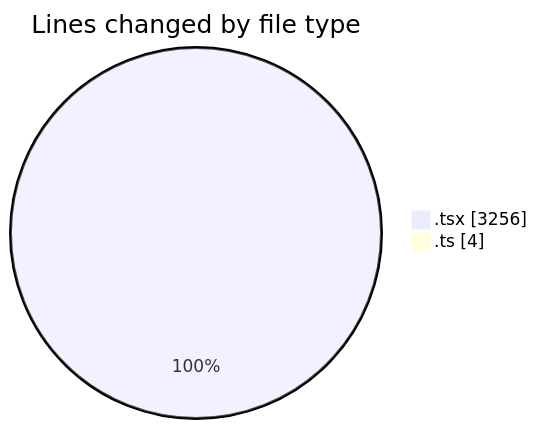
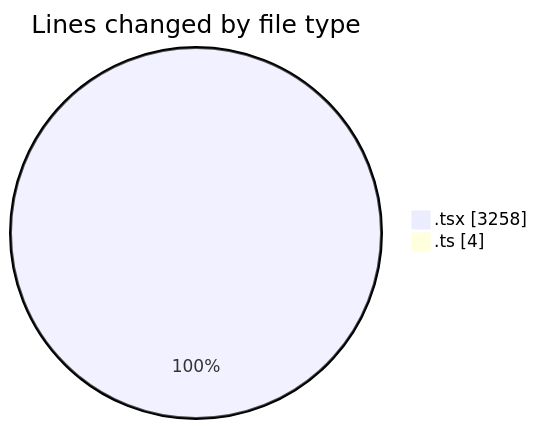
The first of 2 diagrams in 2026-05-19/nxtqube_webapp/README.md (nxtqubesakshisongat/code-tracking), drawn with Mermaid before and after one commit. The commit also changed other lines of this file and 1 other file, not shown here.

````diff
--- a/2026-05-19/nxtqube_webapp/README.md
+++ b/2026-05-19/nxtqube_webapp/README.md
@@ -28,6 +28,6 @@
 ```mermaid
 pie showData
 title Lines changed by file type
-".tsx" : 3256
+".tsx" : 3258
 ".ts" : 4
 ```
````
